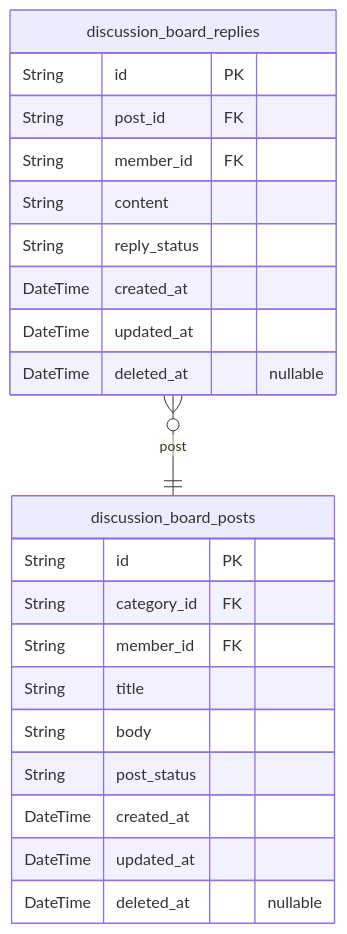
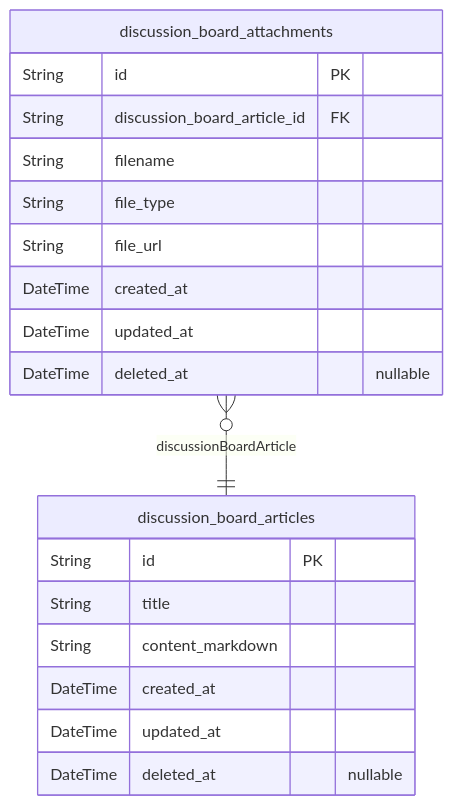
The third of 3 diagrams in openai/gpt-4.1-mini/bbs/docs/ERD.md (wrtnlabs/autobe-examples), drawn with Mermaid before and after one commit. The commit also changed other lines of this file and 16146 other files, not shown here.

````diff
--- a/openai/gpt-4.1-mini/bbs/docs/ERD.md
+++ b/openai/gpt-4.1-mini/bbs/docs/ERD.md
@@ -148,25 +145,22 @@
 ```mermaid
 erDiagram
-"discussion_board_posts" {
+"discussion_board_articles" {
   String id PK
-  String category_id FK
-  String member_id FK
   String title
-  String body
-  String post_status
+  String content_markdown
   DateTime created_at
   DateTime updated_at
   DateTime deleted_at "nullable"
 }
-"discussion_board_replies" {
+"discussion_board_attachments" {
   String id PK
-  String post_id FK
-  String member_id FK
-  String content
-  String reply_status
+  String discussion_board_article_id FK
+  String filename
+  String file_type
+  String file_url
   DateTime created_at
   DateTime updated_at
   DateTime deleted_at "nullable"
 }
-"discussion_board_replies" }o--|| "discussion_board_posts" : post
+"discussion_board_attachments" }o--|| "discussion_board_articles" : discussionBoardArticle
 ```
````
